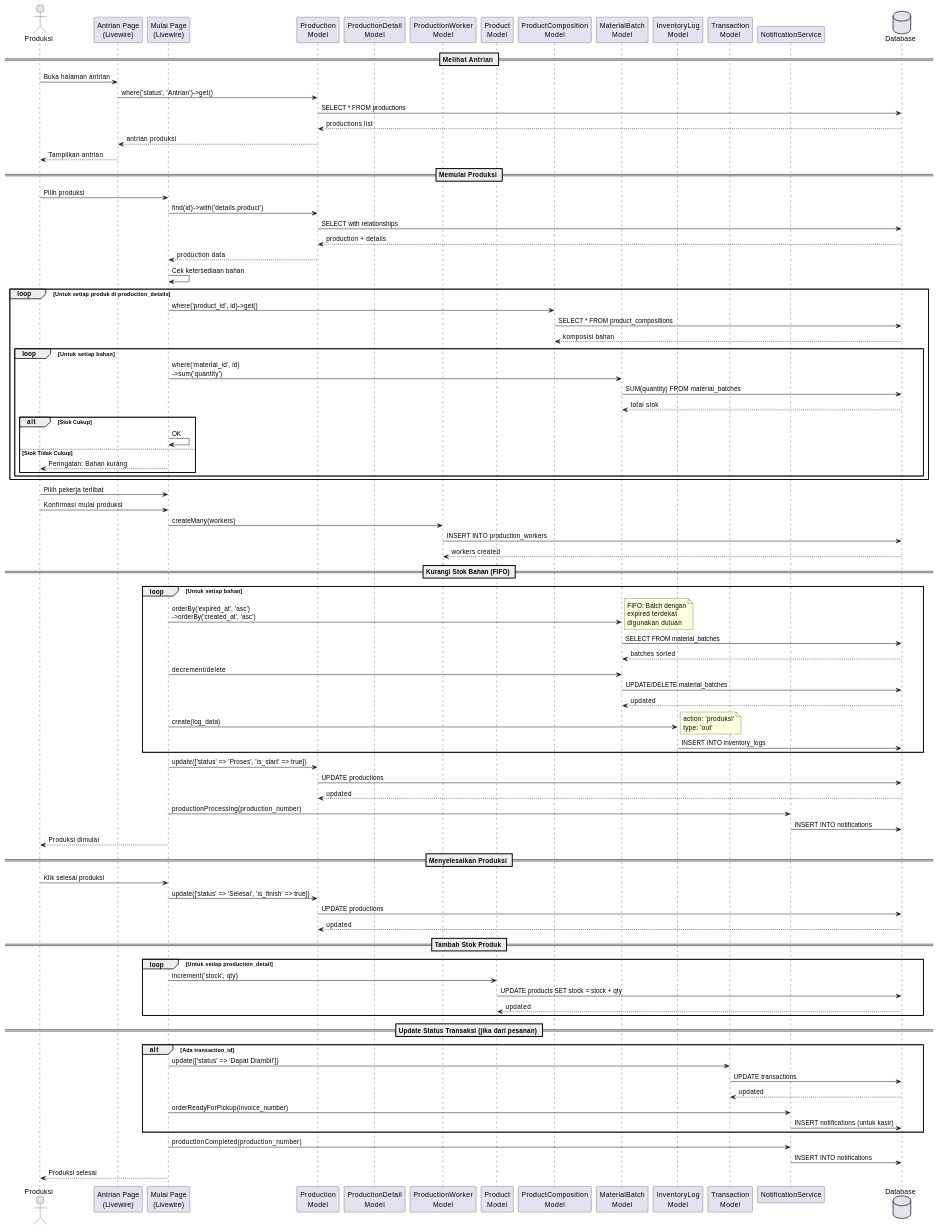
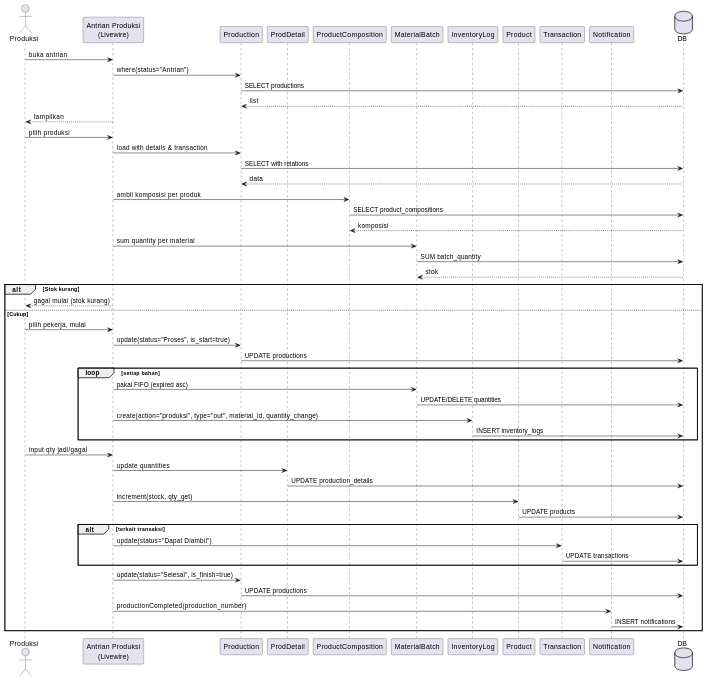
One commit to pawon3d/pawon3d changed the sixth of 9 diagrams in docs/diagrams/03_SEQUENCE_DIAGRAM.md. Above: the diagram before and after it, drawn with PlantUML. The commit also changed other lines of this file and 155 other files, not shown here.

````diff
--- a/docs/diagrams/03_SEQUENCE_DIAGRAM.md
+++ b/docs/diagrams/03_SEQUENCE_DIAGRAM.md
@@ -456,121 +292,64 @@
 ```plantuml
-@startuml Sequence Diagram - Proses Produksi
+@startuml Sequence - Produksi
+actor Produksi
+participant "Antrian Produksi\n(Livewire)" as Queue
+participant Production
+participant ProdDetail
+participant ProductComposition as Comp
+participant MaterialBatch as Batch
+participant InventoryLog as Log
+participant Product
+participant Transaction
+participant Notification as Notif
+database DB
 
-actor Produksi as User
-participant "Antrian Page\n(Livewire)" as Queue
-participant "Mulai Page\n(Livewire)" as Start
-participant "Production\nModel" as Production
-participant "ProductionDetail\nModel" as ProdDetail
-participant "ProductionWorker\nModel" as Worker
-participant "Product\nModel" as Product
-participant "ProductComposition\nModel" as Composition
-participant "MaterialBatch\nModel" as Batch
-participant "InventoryLog\nModel" as Log
-participant "Transaction\nModel" as Transaction
-participant "NotificationService" as Notif
-database Database as DB
+Produksi -> Queue: buka antrian
+Queue -> Production: where(status="Antrian")
+Production -> DB: SELECT productions
+DB --> Production: list
+Queue --> Produksi: tampilkan
 
-== Melihat Antrian ==
-User -> Queue: Buka halaman antrian
-Queue -> Production: where('status', 'Antrian')->get()
-Production -> DB: SELECT * FROM productions
-DB --> Production: productions list
-Production --> Queue: antrian produksi
-Queue --> User: Tampilkan antrian
+Produksi -> Queue: pilih produksi
+Queue -> Production: load with details & transaction
+Production -> DB: SELECT with relations
+DB --> Production: data
 
-== Memulai Produksi ==
-User -> Start: Pilih produksi
-Start -> Production: find(id)->with('details.product')
-Production -> DB: SELECT with relationships
-DB --> Production: production + details
-Production --> Start: production data
+Queue -> Comp: ambil komposisi per produk
+Comp -> DB: SELECT product_compositions
+DB --> Comp: komposisi
+Queue -> Batch: sum quantity per material
+Batch -> DB: SUM batch_quantity
+DB --> Batch: stok
+alt Stok kurang
+    Queue --> Produksi: gagal mulai (stok kurang)
+else Cukup
+    Produksi -> Queue: pilih pekerja, mulai
+    Queue -> Production: update(status="Proses", is_start=true)
+    Production -> DB: UPDATE productions
 
-Start -> Start: Cek ketersediaan bahan
+    loop setiap bahan
+        Queue -> Batch: pakai FIFO (expired asc)
+        Batch -> DB: UPDATE/DELETE quantities
+        Queue -> Log: create(action="produksi", type="out", material_id, quantity_change)
+        Log -> DB: INSERT inventory_logs
+    end
 
-loop Untuk setiap produk di production_details
-    Start -> Composition: where('product_id', id)->get()
-    Composition -> DB: SELECT * FROM product_compositions
-    DB --> Composition: komposisi bahan
+    Produksi -> Queue: input qty jadi/gagal
+    Queue -> ProdDetail: update quantities
+    ProdDetail -> DB: UPDATE production_details
 
-    loop Untuk setiap bahan
-        Start -> Batch: where('material_id', id)\n->sum('quantity')
-        Batch -> DB: SUM(quantity) FROM material_batches
-        DB --> Batch: total stok
+    Queue -> Product: increment(stock, qty_get)
+    Product -> DB: UPDATE products
 
-        alt Stok Cukup
-            Start -> Start: OK
-        else Stok Tidak Cukup
-            Start --> User: Peringatan: Bahan kurang
-        end
+    alt terkait transaksi
+        Queue -> Transaction: update(status="Dapat Diambil")
+        Transaction -> DB: UPDATE transactions
     end
+
+    Queue -> Production: update(status="Selesai", is_finish=true)
+    Production -> DB: UPDATE productions
+    Queue -> Notif: productionCompleted(production_number)
+    Notif -> DB: INSERT notifications
 end
-
-User -> Start: Pilih pekerja terlibat
-User -> Start: Konfirmasi mulai produksi
-
-Start -> Worker: createMany(workers)
-Worker -> DB: INSERT INTO production_workers
-DB --> Worker: workers created
-
-== Kurangi Stok Bahan (FIFO) ==
-loop Untuk setiap bahan
-    Start -> Batch: orderBy('expired_at', 'asc')\n->orderBy('created_at', 'asc')
-    note right
-      FIFO: Batch dengan
-      expired terdekat
-      digunakan duluan
-    end note
-    Batch -> DB: SELECT FROM material_batches
-    DB --> Batch: batches sorted
-
-    Start -> Batch: decrement/delete
-    Batch -> DB: UPDATE/DELETE material_batches
-    DB --> Batch: updated
-
-    Start -> Log: create(log_data)
-    note right
-      action: 'produksi'
-      type: 'out'
-    end note
-    Log -> DB: INSERT INTO inventory_logs
-end
-
-Start -> Production: update(['status' => 'Proses', 'is_start' => true])
-Production -> DB: UPDATE productions
-DB --> Production: updated
-
-Start -> Notif: productionProcessing(production_number)
-Notif -> DB: INSERT INTO notifications
-Start --> User: Produksi dimulai
-
-== Menyelesaikan Produksi ==
-User -> Start: Klik selesai produksi
-
-Start -> Production: update(['status' => 'Selesai', 'is_finish' => true])
-Production -> DB: UPDATE productions
-DB --> Production: updated
-
-== Tambah Stok Produk ==
-loop Untuk setiap production_detail
-    Start -> Product: increment('stock', qty)
-    Product -> DB: UPDATE products SET stock = stock + qty
-    DB --> Product: updated
-end
-
-== Update Status Transaksi (jika dari pesanan) ==
-alt Ada transaction_id
-    Start -> Transaction: update(['status' => 'Dapat Diambil'])
-    Transaction -> DB: UPDATE transactions
-    DB --> Transaction: updated
-
-    Start -> Notif: orderReadyForPickup(invoice_number)
-    Notif -> DB: INSERT notifications (untuk kasir)
-end
-
-Start -> Notif: productionCompleted(production_number)
-Notif -> DB: INSERT INTO notifications
-
-Start --> User: Produksi selesai
-
 @enduml
 ```
````
